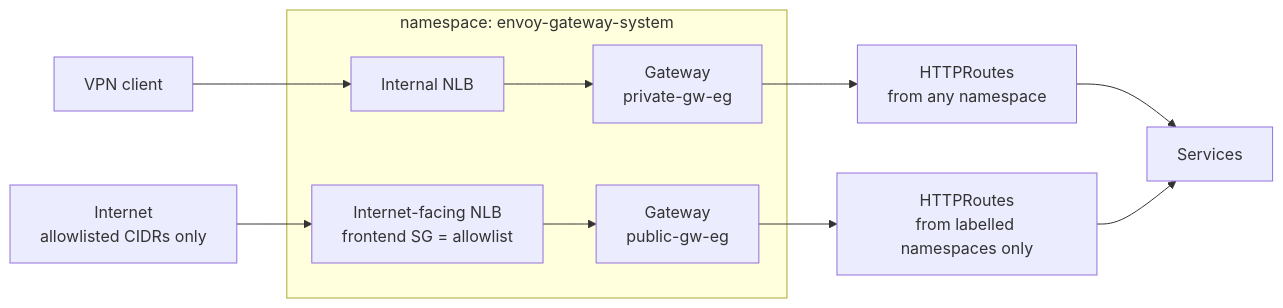
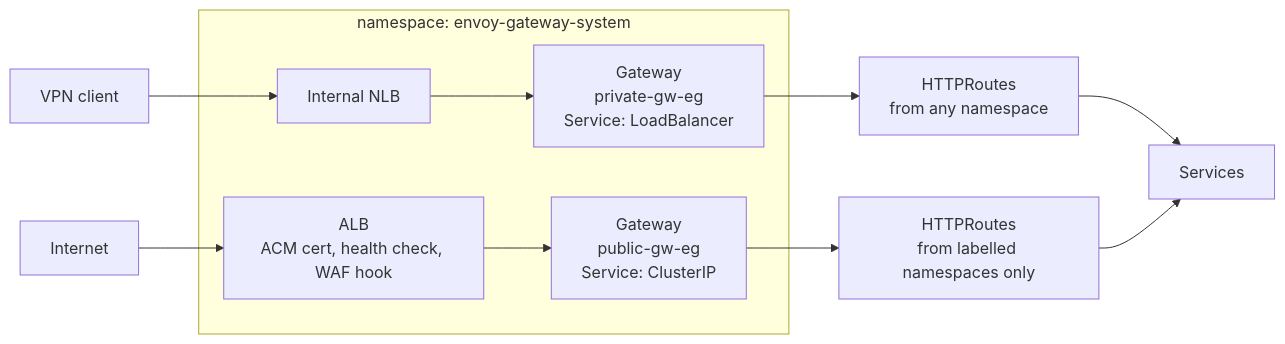
One commit to binbashar/le-tf-infra-aws changed the diagram in apps-devstg/us-east-1/k8s-eks-demoapps/k8s-components/README.md. Above: the diagram before and after it, drawn with Mermaid. The commit also changed other lines of this file, not shown here.

````diff
--- a/apps-devstg/us-east-1/k8s-eks-demoapps/k8s-components/README.md
+++ b/apps-devstg/us-east-1/k8s-eks-demoapps/k8s-components/README.md
@@ -20,15 +19,15 @@
 ```mermaid
 flowchart LR
   vpn[VPN client] --> nlb1[Internal NLB]
-  net[Internet<br/>allowlisted CIDRs only] --> nlb2[Internet-facing NLB<br/>frontend SG = allowlist]
+  net[Internet] --> alb["ALB<br/>ACM cert, health check, WAF hook"]
 
   subgraph egns["namespace: envoy-gateway-system"]
-    nlb1 --> gw1["Gateway<br/>private-gw-eg"]
-    nlb2 --> gw2["Gateway<br/>public-gw-eg"]
+    nlb1 --> gw1["Gateway<br/>private-gw-eg<br/>Service: LoadBalancer"]
+    alb --> gw2["Gateway<br/>public-gw-eg<br/>Service: ClusterIP"]
   end
 
   gw1 --> r1[HTTPRoutes<br/>from any namespace]
   gw2 --> r2[HTTPRoutes<br/>from labelled namespaces only]
   r1 --> svc[Services]
   r2 --> svc
 ```
````
